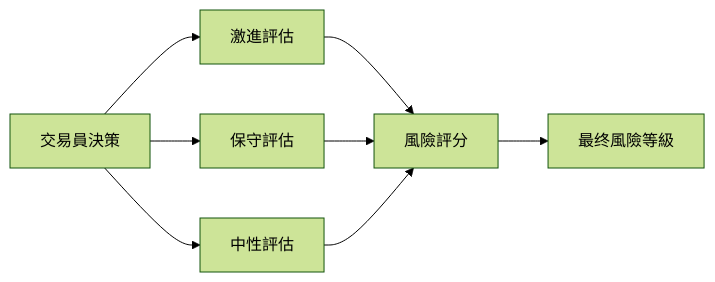
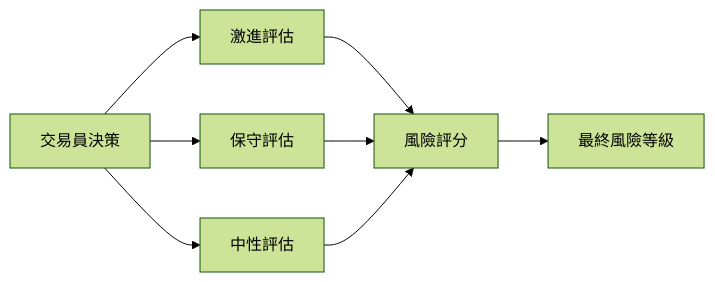
Before and after one commit to aiinpocket/TradingAgents-CN: the fifth of 5 diagrams in docs/design/stock_analysis_system_design.md, drawn with Mermaid (forest theme). The commit also changed other lines of this file and 277 other files, not shown here.

````diff
--- a/docs/design/stock_analysis_system_design.md
+++ b/docs/design/stock_analysis_system_design.md
@@ -428,12 +425,12 @@
 ```mermaid
 graph LR
     TRADER[交易員決策] --> AGG[激進評估]
     TRADER --> CON[保守評估]
     TRADER --> NEU[中性評估]
 
     AGG --> RISK_SCORE[風險評分]
     CON --> RISK_SCORE
     NEU --> RISK_SCORE
 
-    RISK_SCORE --> FINAL[最终風險等級]
+    RISK_SCORE --> FINAL[最終風險等級]
 ```
````
